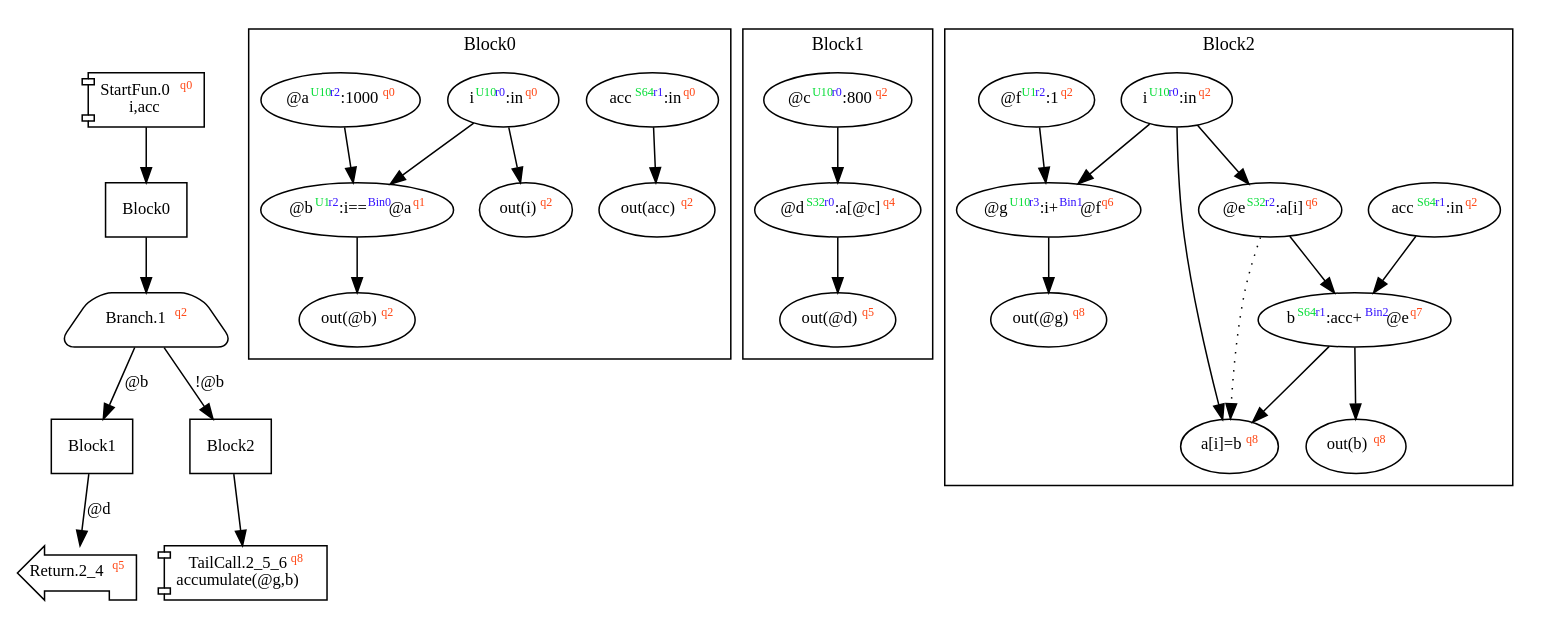
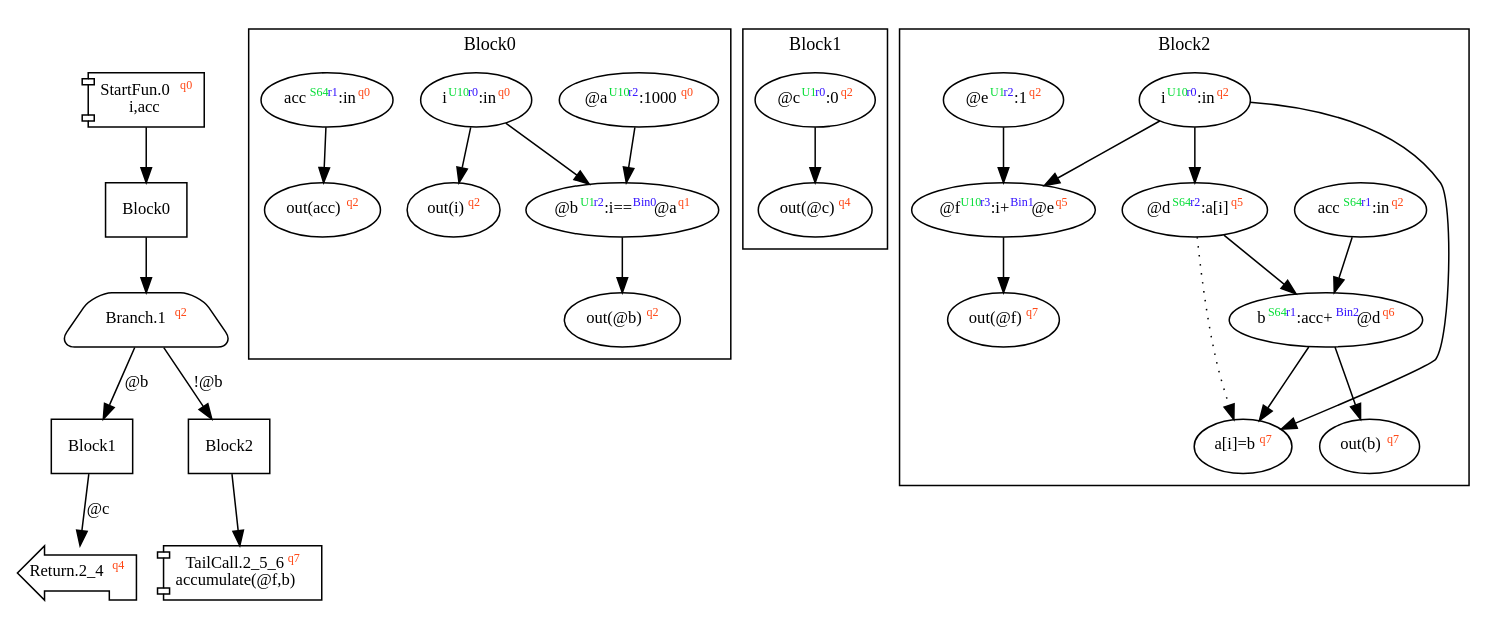
One commit to akouryy/SyntheScala changed the diagram in dist/accumulate.dot. Above: the diagram before and after it, drawn with Graphviz. The commit also changed 16 other files, not shown here.

```diff
--- a/dist/accumulate.dot
+++ b/dist/accumulate.dot
@@ -1,47 +1,46 @@
 digraph Program_ {
 graph [fontname = "Monaco", fontsize = 12, ranksep = 0.5];
 node [shape = box, fontname = "Monaco", fontsize = 11; colorscheme = pastel19];
 edge [fontname = "Monaco", fontsize = 11; colorscheme = pastel19];
 Jump0[label = <StartFun.0<font color="#ff4411" point-size="8"><sup>q0</sup></font><br/>i,acc>; shape = component];
 Jump0 -> Block0;
 Jump1[
   label = <Branch.1<font color="#ff4411" point-size="8"><sup>q2</sup></font>>;
   shape = trapezium; style = rounded;
 ];
 Block0 -> Jump1;
 Jump1 -> Block1 [label="@b"];
 Jump1 -> Block2 [label="!@b"];
-Jump2_4[label = <Return.2_4<font color="#ff4411" point-size="8"><sup>q5</sup></font>>; shape = lpromoter];
-Block1 -> Jump2_4 [label="@d"];
-Jump2_5_6[label = <TailCall.2_5_6<font color="#ff4411" point-size="8"><sup>q8</sup></font><br/>accumulate(@g,b)>; shape = component];
+Jump2_4[label = <Return.2_4<font color="#ff4411" point-size="8"><sup>q4</sup></font>>; shape = lpromoter];
+Block1 -> Jump2_4 [label="@c"];
+Jump2_5_6[label = <TailCall.2_5_6<font color="#ff4411" point-size="8"><sup>q7</sup></font><br/>accumulate(@f,b)>; shape = component];
 Block2 -> Jump2_5_6;
 Block0 [label = "Block0"];
 Block1 [label = "Block1"];
 Block2 [label = "Block2"];
 subgraph cluster_dfg_Block0{
 node [shape = oval];
 label = "Block0";
-ndBlock0_0 [label=<@b<font color="#00dd33" point-size="8"><sup>U1</sup></font><font color="#3311ff" point-size="8"><sup>r2</sup></font>:i==<font color="#3311ff" point-size="8"><sup>Bin0</sup></font>@a<font color="#ff4411" point-size="8"><sup>q1</sup></font>>];ndBlock0_1 [label=<out(acc)<font color="#ff4411" point-size="8"><sup>q2</sup></font>>];ndBlock0_2 [label=<acc<font color="#00dd33" point-size="8"><sup>S64</sup></font><font color="#3311ff" point-size="8"><sup>r1</sup></font>:in<font color="#ff4411" point-size="8"><sup>q0</sup></font>>];ndBlock0_3 [label=<i<font color="#00dd33" point-size="8"><sup>U10</sup></font><font color="#3311ff" point-size="8"><sup>r0</sup></font>:in<font color="#ff4411" point-size="8"><sup>q0</sup></font>>];ndBlock0_4 [label=<out(@b)<font color="#ff4411" point-size="8"><sup>q2</sup></font>>];ndBlock0_5 [label=<@a<font color="#00dd33" point-size="8"><sup>U10</sup></font><font color="#3311ff" point-size="8"><sup>r2</sup></font>:1000<font color="#ff4411" point-size="8"><sup>q0</sup></font>>];ndBlock0_6 [label=<out(i)<font color="#ff4411" point-size="8"><sup>q2</sup></font>>];ndBlock0_2 -> ndBlock0_1;
-ndBlock0_0 -> ndBlock0_4;
-ndBlock0_3 -> ndBlock0_0;
-ndBlock0_5 -> ndBlock0_0;
+ndBlock0_0 [label=<out(acc)<font color="#ff4411" point-size="8"><sup>q2</sup></font>>];ndBlock0_1 [label=<i<font color="#00dd33" point-size="8"><sup>U10</sup></font><font color="#3311ff" point-size="8"><sup>r0</sup></font>:in<font color="#ff4411" point-size="8"><sup>q0</sup></font>>];ndBlock0_2 [label=<out(@b)<font color="#ff4411" point-size="8"><sup>q2</sup></font>>];ndBlock0_3 [label=<@a<font color="#00dd33" point-size="8"><sup>U10</sup></font><font color="#3311ff" point-size="8"><sup>r2</sup></font>:1000<font color="#ff4411" point-size="8"><sup>q0</sup></font>>];ndBlock0_4 [label=<out(i)<font color="#ff4411" point-size="8"><sup>q2</sup></font>>];ndBlock0_5 [label=<acc<font color="#00dd33" point-size="8"><sup>S64</sup></font><font color="#3311ff" point-size="8"><sup>r1</sup></font>:in<font color="#ff4411" point-size="8"><sup>q0</sup></font>>];ndBlock0_6 [label=<@b<font color="#00dd33" point-size="8"><sup>U1</sup></font><font color="#3311ff" point-size="8"><sup>r2</sup></font>:i==<font color="#3311ff" point-size="8"><sup>Bin0</sup></font>@a<font color="#ff4411" point-size="8"><sup>q1</sup></font>>];ndBlock0_5 -> ndBlock0_0;
+ndBlock0_1 -> ndBlock0_6;
 ndBlock0_3 -> ndBlock0_6;
+ndBlock0_6 -> ndBlock0_2;
+ndBlock0_1 -> ndBlock0_4;
 }subgraph cluster_dfg_Block1{
 node [shape = oval];
 label = "Block1";
-ndBlock1_0 [label=<@c<font color="#00dd33" point-size="8"><sup>U10</sup></font><font color="#3311ff" point-size="8"><sup>r0</sup></font>:800<font color="#ff4411" point-size="8"><sup>q2</sup></font>>];ndBlock1_1 [label=<@d<font color="#00dd33" point-size="8"><sup>S32</sup></font><font color="#3311ff" point-size="8"><sup>r0</sup></font>:a[@c]<font color="#ff4411" point-size="8"><sup>q4</sup></font>>];ndBlock1_2 [label=<out(@d)<font color="#ff4411" point-size="8"><sup>q5</sup></font>>];ndBlock1_0 -> ndBlock1_1;
-ndBlock1_1 -> ndBlock1_2;
+ndBlock1_0 [label=<@c<font color="#00dd33" point-size="8"><sup>U1</sup></font><font color="#3311ff" point-size="8"><sup>r0</sup></font>:0<font color="#ff4411" point-size="8"><sup>q2</sup></font>>];ndBlock1_1 [label=<out(@c)<font color="#ff4411" point-size="8"><sup>q4</sup></font>>];ndBlock1_0 -> ndBlock1_1;
 }subgraph cluster_dfg_Block2{
 node [shape = oval];
 label = "Block2";
-ndBlock2_0 [label=<@e<font color="#00dd33" point-size="8"><sup>S32</sup></font><font color="#3311ff" point-size="8"><sup>r2</sup></font>:a[i]<font color="#ff4411" point-size="8"><sup>q6</sup></font>>];ndBlock2_1 [label=<acc<font color="#00dd33" point-size="8"><sup>S64</sup></font><font color="#3311ff" point-size="8"><sup>r1</sup></font>:in<font color="#ff4411" point-size="8"><sup>q2</sup></font>>];ndBlock2_2 [label=<i<font color="#00dd33" point-size="8"><sup>U10</sup></font><font color="#3311ff" point-size="8"><sup>r0</sup></font>:in<font color="#ff4411" point-size="8"><sup>q2</sup></font>>];ndBlock2_3 [label=<out(@g)<font color="#ff4411" point-size="8"><sup>q8</sup></font>>];ndBlock2_4 [label=<a[i]=b<font color="#ff4411" point-size="8"><sup>q8</sup></font>>];ndBlock2_5 [label=<@f<font color="#00dd33" point-size="8"><sup>U1</sup></font><font color="#3311ff" point-size="8"><sup>r2</sup></font>:1<font color="#ff4411" point-size="8"><sup>q2</sup></font>>];ndBlock2_6 [label=<b<font color="#00dd33" point-size="8"><sup>S64</sup></font><font color="#3311ff" point-size="8"><sup>r1</sup></font>:acc+<font color="#3311ff" point-size="8"><sup>Bin2</sup></font>@e<font color="#ff4411" point-size="8"><sup>q7</sup></font>>];ndBlock2_7 [label=<out(b)<font color="#ff4411" point-size="8"><sup>q8</sup></font>>];ndBlock2_8 [label=<@g<font color="#00dd33" point-size="8"><sup>U10</sup></font><font color="#3311ff" point-size="8"><sup>r3</sup></font>:i+<font color="#3311ff" point-size="8"><sup>Bin1</sup></font>@f<font color="#ff4411" point-size="8"><sup>q6</sup></font>>];ndBlock2_2 -> ndBlock2_8;
-ndBlock2_5 -> ndBlock2_8;
-ndBlock2_2 -> ndBlock2_0;
-ndBlock2_6 -> ndBlock2_7;
+ndBlock2_0 [label=<@e<font color="#00dd33" point-size="8"><sup>U1</sup></font><font color="#3311ff" point-size="8"><sup>r2</sup></font>:1<font color="#ff4411" point-size="8"><sup>q2</sup></font>>];ndBlock2_1 [label=<out(b)<font color="#ff4411" point-size="8"><sup>q7</sup></font>>];ndBlock2_2 [label=<acc<font color="#00dd33" point-size="8"><sup>S64</sup></font><font color="#3311ff" point-size="8"><sup>r1</sup></font>:in<font color="#ff4411" point-size="8"><sup>q2</sup></font>>];ndBlock2_3 [label=<b<font color="#00dd33" point-size="8"><sup>S64</sup></font><font color="#3311ff" point-size="8"><sup>r1</sup></font>:acc+<font color="#3311ff" point-size="8"><sup>Bin2</sup></font>@d<font color="#ff4411" point-size="8"><sup>q6</sup></font>>];ndBlock2_4 [label=<a[i]=b<font color="#ff4411" point-size="8"><sup>q7</sup></font>>];ndBlock2_5 [label=<out(@f)<font color="#ff4411" point-size="8"><sup>q7</sup></font>>];ndBlock2_6 [label=<@f<font color="#00dd33" point-size="8"><sup>U10</sup></font><font color="#3311ff" point-size="8"><sup>r3</sup></font>:i+<font color="#3311ff" point-size="8"><sup>Bin1</sup></font>@e<font color="#ff4411" point-size="8"><sup>q5</sup></font>>];ndBlock2_7 [label=<i<font color="#00dd33" point-size="8"><sup>U10</sup></font><font color="#3311ff" point-size="8"><sup>r0</sup></font>:in<font color="#ff4411" point-size="8"><sup>q2</sup></font>>];ndBlock2_8 [label=<@d<font color="#00dd33" point-size="8"><sup>S64</sup></font><font color="#3311ff" point-size="8"><sup>r2</sup></font>:a[i]<font color="#ff4411" point-size="8"><sup>q5</sup></font>>];ndBlock2_7 -> ndBlock2_8;
+ndBlock2_6 -> ndBlock2_5;
+ndBlock2_2 -> ndBlock2_3;
 ndBlock2_8 -> ndBlock2_3;
-ndBlock2_2 -> ndBlock2_4;
-ndBlock2_6 -> ndBlock2_4;
+ndBlock2_3 -> ndBlock2_1;
 ndBlock2_0 -> ndBlock2_6;
-ndBlock2_1 -> ndBlock2_6;
-ndBlock2_0 -> ndBlock2_4 [style = dotted];
+ndBlock2_7 -> ndBlock2_6;
+ndBlock2_3 -> ndBlock2_4;
+ndBlock2_7 -> ndBlock2_4;
+ndBlock2_8 -> ndBlock2_4 [style = dotted];
 }}
```
